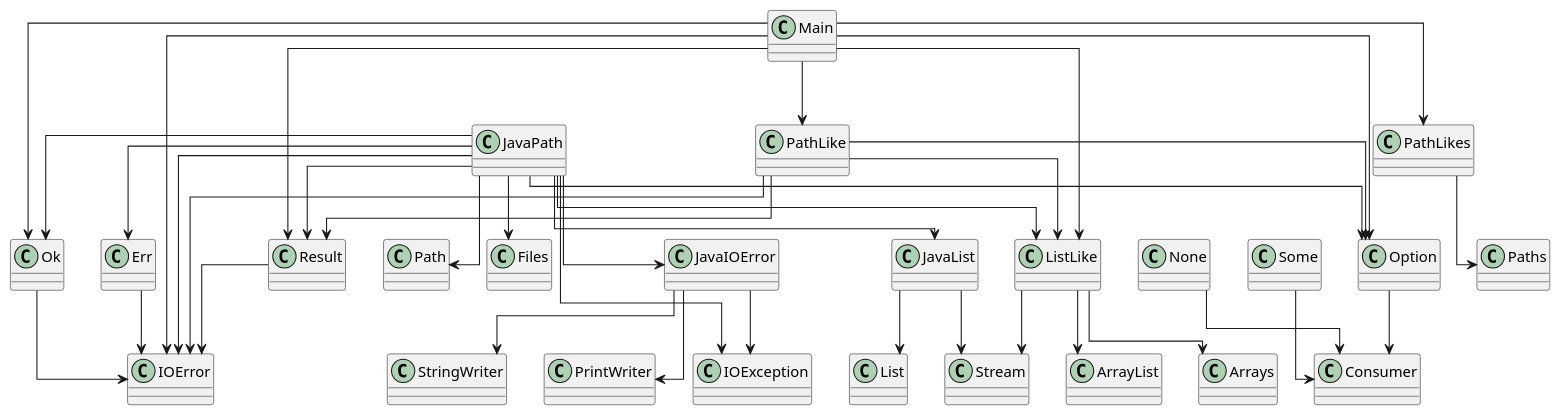
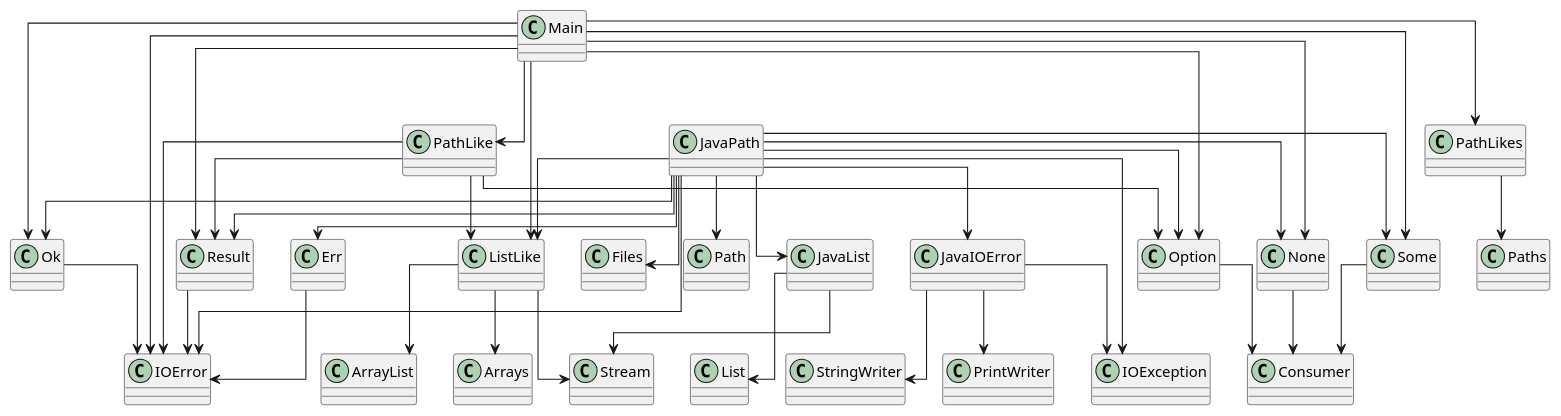
The diagram in diagram.puml (SirMathhman/Magma), drawn with PlantUML before and after one commit. The commit also changed 3 other files, not shown here.

```diff
--- a/diagram.puml
+++ b/diagram.puml
@@ -1,55 +1,59 @@
 @startuml
 skinparam linetype ortho
 class IOError
 class JavaIOError
 JavaIOError --> IOException
 JavaIOError --> PrintWriter
 JavaIOError --> StringWriter
 class JavaList
 JavaList --> List
 JavaList --> Stream
 class ListLike
 ListLike --> ArrayList
 ListLike --> Arrays
 ListLike --> Stream
 class Main
 Main --> IOError
 Main --> ListLike
+Main --> None
 Main --> Option
+Main --> Some
 Main --> PathLike
 Main --> PathLikes
 Main --> Ok
 Main --> Result
 class None
 None --> Consumer
 class Option
 Option --> Consumer
 class Some
 Some --> Consumer
 class JavaPath
 JavaPath --> IOError
 JavaPath --> JavaIOError
 JavaPath --> JavaList
 JavaPath --> ListLike
+JavaPath --> None
+JavaPath --> Option
+JavaPath --> Some
 JavaPath --> Err
 JavaPath --> Ok
 JavaPath --> Result
 JavaPath --> IOException
 JavaPath --> Files
 JavaPath --> Path
-JavaPath --> Option
 class PathLike
 PathLike --> IOError
 PathLike --> ListLike
+PathLike --> Option
 PathLike --> Result
-PathLike --> Option
 class PathLikes
 PathLikes --> Paths
 class Err
 Err --> IOError
 class Ok
 Ok --> IOError
 class Result
 Result --> IOError
 
 @enduml
```
